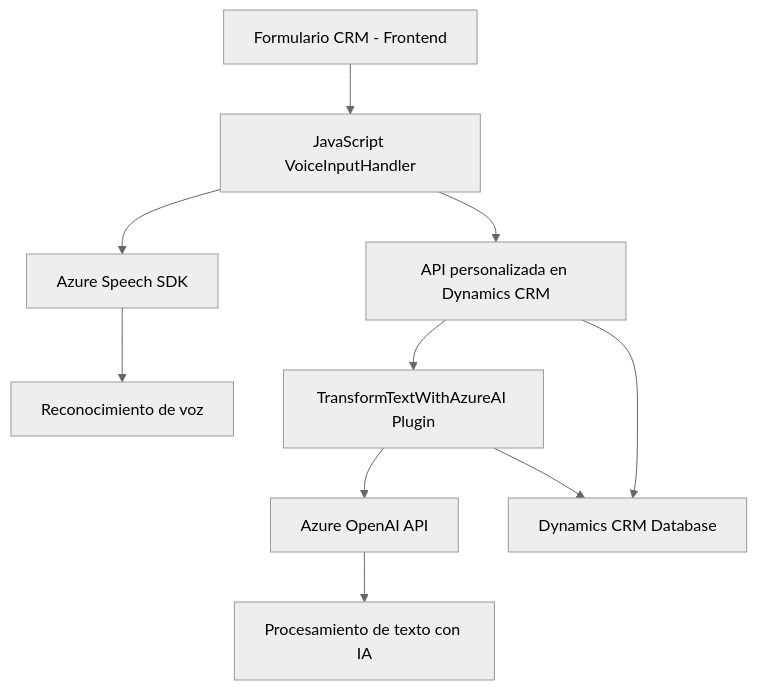
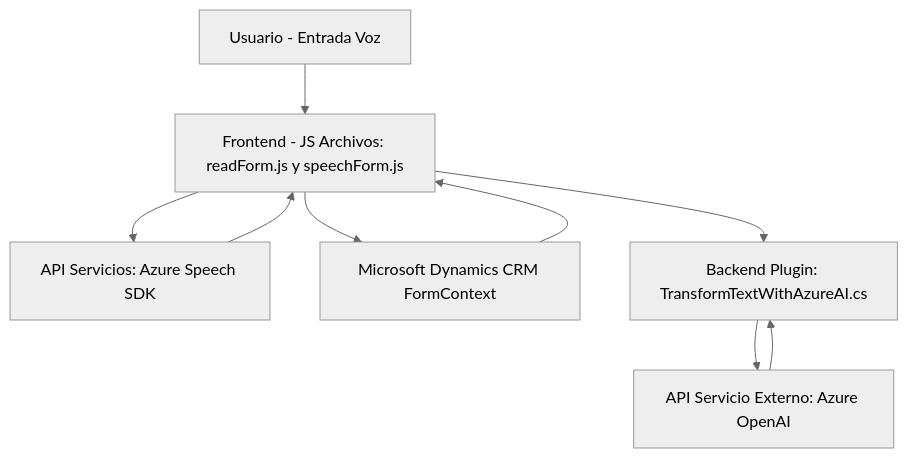
Before and after one commit to blopezdm/NETCORE_BILBAO2025: the diagram in README.md, drawn with Mermaid (neutral theme). The commit also changed other lines of this file, not shown here.

Commit message:
Actualizar análisis global de la solución con IA

````diff
--- a/README.md
+++ b/README.md
@@ -57,12 +42,18 @@
 ```mermaid
 graph TD
-    A["Formulario CRM - Frontend"] --> B["JavaScript VoiceInputHandler"]
-    B --> C["Azure Speech SDK"]
-    B --> D["API personalizada en Dynamics CRM"]
-    D --> E["TransformTextWithAzureAI Plugin"]
-    E --> F["Azure OpenAI API"]
-    E --> G["Dynamics CRM Database"]
-    C --> H["Reconocimiento de voz"]
-    F --> I["Procesamiento de texto con IA"]
-    D --> G
+    A["Usuario - Entrada Voz"]
+    B["Frontend - JS Archivos: readForm.js y speechForm.js"]
+    C["API Servicios: Azure Speech SDK"]
+    D["Microsoft Dynamics CRM FormContext"]
+    E["Backend Plugin: TransformTextWithAzureAI.cs"]
+    F["API Servicio Externo: Azure OpenAI"]
+
+    A --> B
+    B --> C
+    B --> D
+    C --> B
+    D --> B
+    B --> E
+    E --> F
+    F --> E
 ```
````
